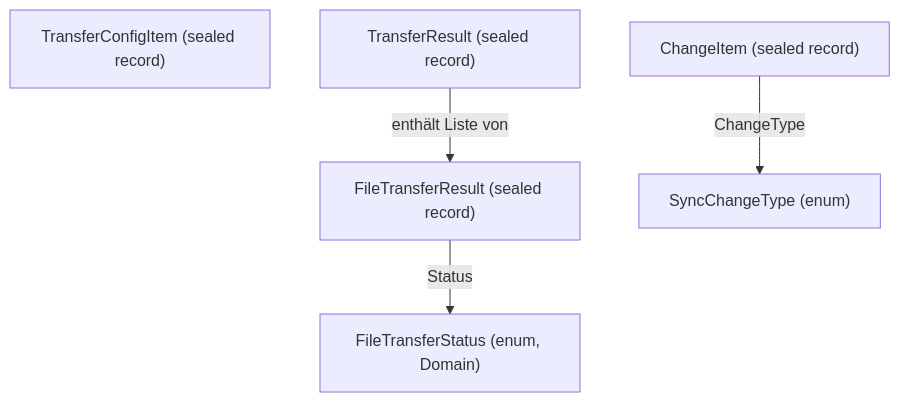
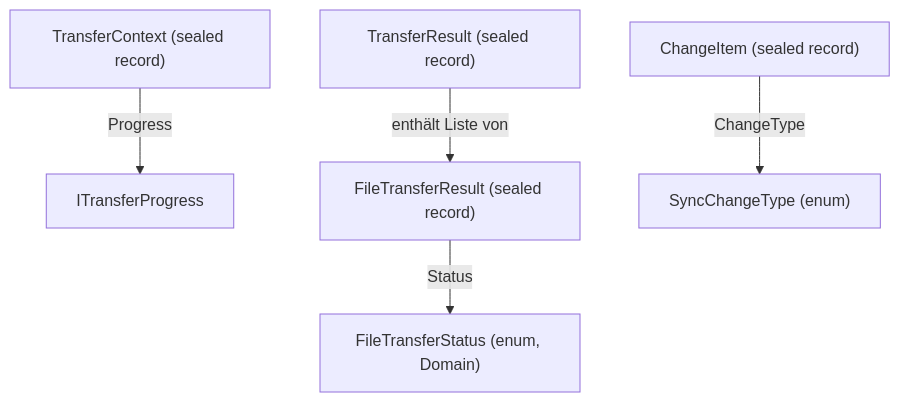
One commit to SOWITransferX/plugin-devkit changed the fourth of 5 diagrams in docs/transfers/implement-transfer-plugin.md. Above: the diagram before and after it, drawn with Mermaid. The commit also changed other lines of this file and 26 other files, not shown here.

````diff
--- a/docs/transfers/implement-transfer-plugin.md
+++ b/docs/transfers/implement-transfer-plugin.md
@@ -374,13 +364,15 @@
 ```mermaid
 graph TD
-    TCfg["TransferConfigItem (sealed record)"]
+    TCtx["TransferContext (sealed record)"]
+    Prog["ITransferProgress"]
     TR["TransferResult (sealed record)"]
     FTR["FileTransferResult (sealed record)"]
     CI["ChangeItem (sealed record)"]
     FTS["FileTransferStatus (enum, Domain)"]
     SCT["SyncChangeType (enum)"]
 
+    TCtx -->|"Progress"| Prog
     TR -->|"enthält Liste von"| FTR
     FTR -->|"Status"| FTS
     CI -->|"ChangeType"| SCT
 ```
````
